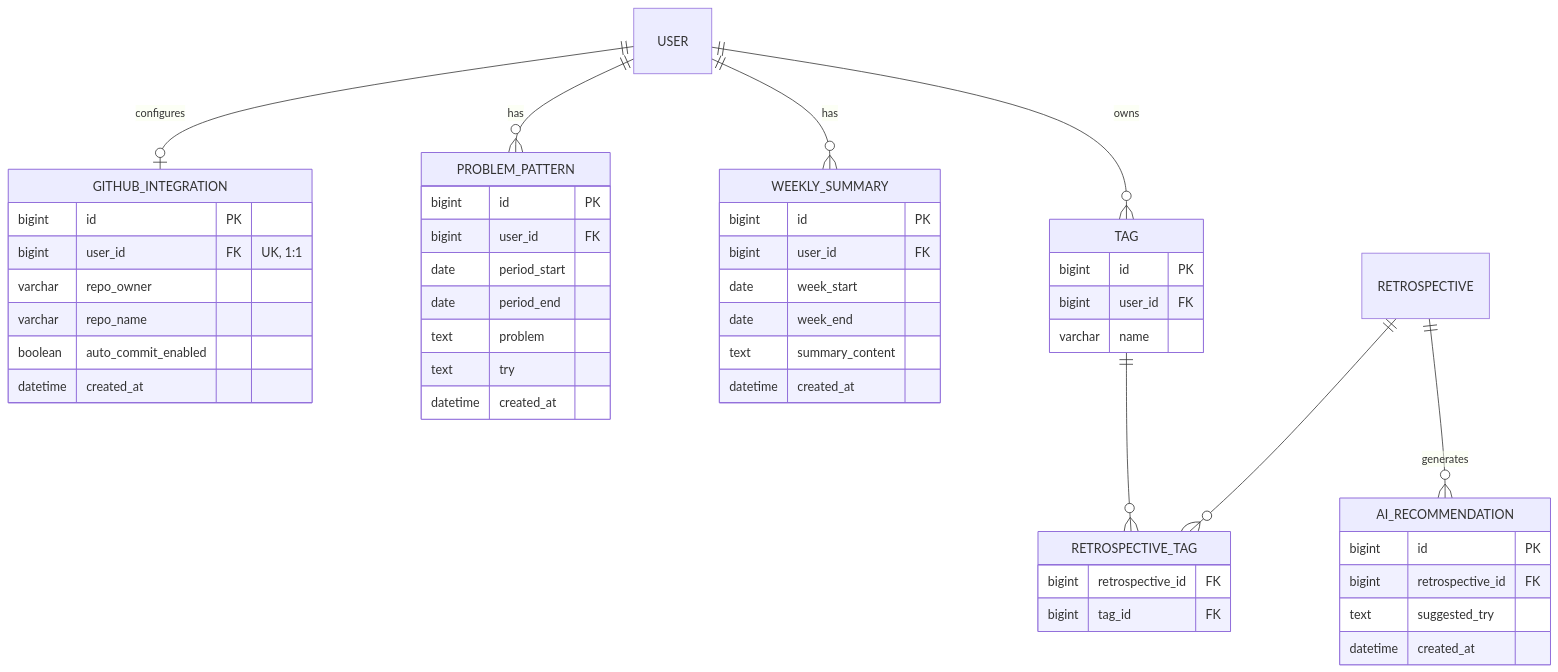
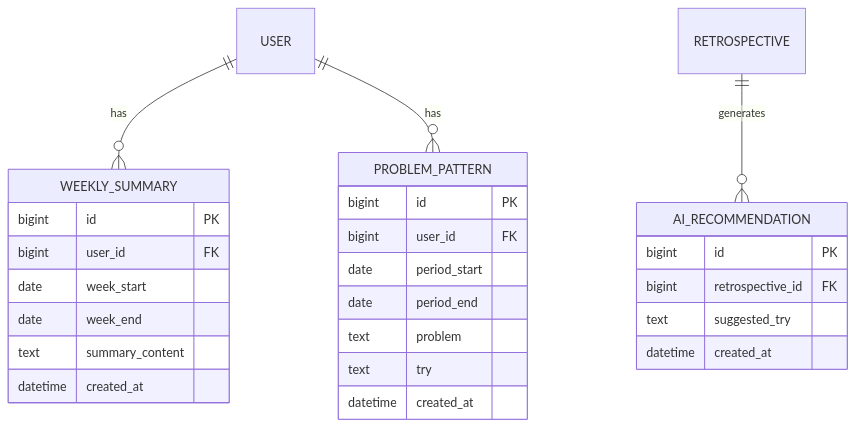
Before and after one commit to rnk00/retrospection: the second of 2 diagrams in docs/erd.md, drawn with Mermaid. The commit also changed other lines of this file and 8 other files, not shown here.

````diff
--- a/docs/erd.md
+++ b/docs/erd.md
@@ -103,56 +114,32 @@
 ```mermaid
 erDiagram
-    USER ||--o{ TAG : owns
     USER ||--o{ WEEKLY_SUMMARY : has
     USER ||--o{ PROBLEM_PATTERN : has
-    USER ||--o| GITHUB_INTEGRATION : configures
     RETROSPECTIVE ||--o{ AI_RECOMMENDATION : generates
-    RETROSPECTIVE ||--o{ RETROSPECTIVE_TAG : ""
-    TAG ||--o{ RETROSPECTIVE_TAG : ""
-
-    TAG {
-        bigint id PK
-        bigint user_id FK
-        varchar name
-    }
-
-    RETROSPECTIVE_TAG {
-        bigint retrospective_id FK
-        bigint tag_id FK
-    }
 
     AI_RECOMMENDATION {
         bigint id PK
         bigint retrospective_id FK
         text suggested_try
         datetime created_at
     }
 
     WEEKLY_SUMMARY {
         bigint id PK
         bigint user_id FK
         date week_start
         date week_end
         text summary_content
         datetime created_at
     }
 
     PROBLEM_PATTERN {
         bigint id PK
         bigint user_id FK
         date period_start
         date period_end
         text problem
         text try
         datetime created_at
     }
-
-    GITHUB_INTEGRATION {
-        bigint id PK
-        bigint user_id FK "UK, 1:1"
-        varchar repo_owner
-        varchar repo_name
-        boolean auto_commit_enabled
-        datetime created_at
-    }
 ```
````
